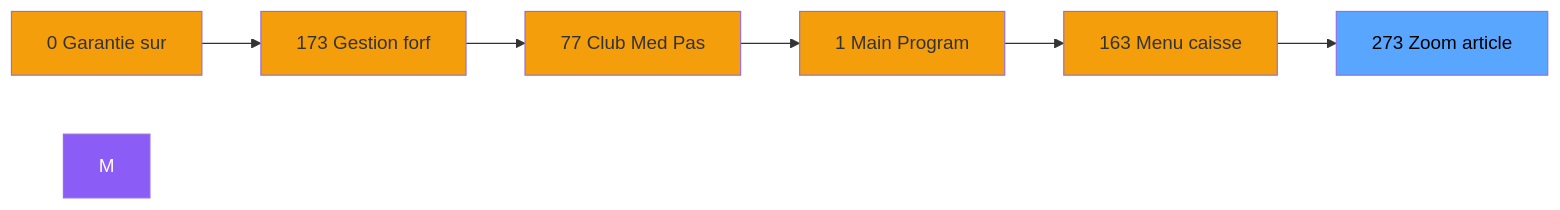
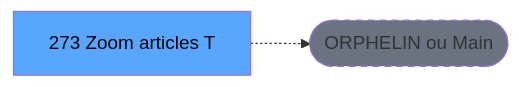
One commit to thonyAGP/lecteur-magic changed the second of 3 diagrams in .openspec/specs/ADH-IDE-273.md. Above: the diagram before and after it, drawn with Mermaid. The commit also changed other lines of this file and 701 other files, not shown here.

````diff
--- a/.openspec/specs/ADH-IDE-273.md
+++ b/.openspec/specs/ADH-IDE-273.md
@@ -105,21 +117,8 @@
 ```mermaid
 graph LR
-    N0[0 Garantie sur]
-    N173[173 Gestion forf]
-    N77[77 Club Med Pas]
-    N1[1 Main Program]
-    N163[163 Menu caisse ]
-    T[273 Zoom article]
-    N0 --> N173
-    N173 --> N77
-    N77 --> N1
-    N1 --> N163
-    N163 --> T
-    style M fill:#8b5cf6,color:#fff
-    style N0 fill:#f59e0b
-    style N173 fill:#f59e0b
-    style N77 fill:#f59e0b
-    style N1 fill:#f59e0b
-    style N163 fill:#f59e0b
+    T[273 Zoom articles T]
+    ORPHAN([ORPHELIN ou Main])
+    T -.-> ORPHAN
     style T fill:#58a6ff,color:#000
+    style ORPHAN fill:#6b7280,stroke-dasharray: 5 5
 ```
````
